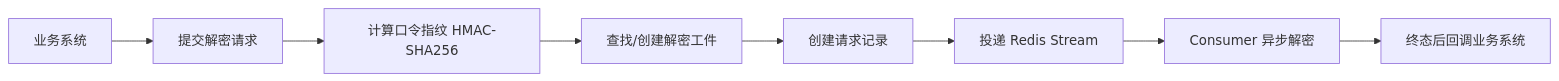
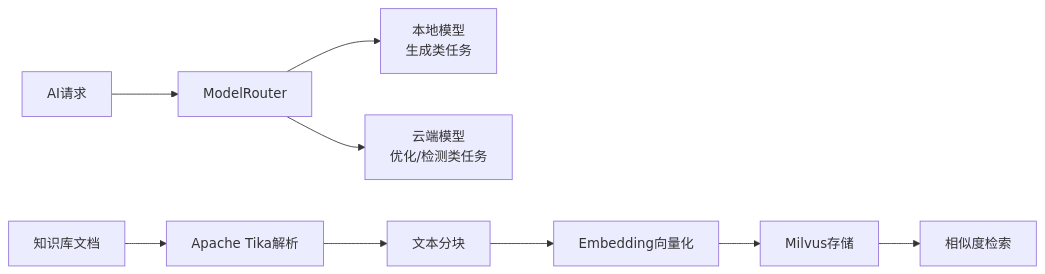
Before and after one commit to DrunkFood/First: the fourth of 8 diagrams in docs/guides/系统架构设计文档.md, drawn with Mermaid. The commit also changed other lines of this file and 9 other files, not shown here.

````diff
--- a/docs/guides/系统架构设计文档.md
+++ b/docs/guides/系统架构设计文档.md
@@ -285,10 +285,12 @@
 ```mermaid
 graph LR
-    A[业务系统] --> B[提交解密请求]
-    B --> C[计算口令指纹 HMAC-SHA256]
-    C --> D[查找/创建解密工件]
-    D --> E[创建请求记录]
-    E --> F[投递 Redis Stream]
-    F --> G[Consumer 异步解密]
-    G --> H[终态后回调业务系统]
+    A[AI请求] --> B[ModelRouter]
+    B --> C[本地模型<br/>生成类任务]
+    B --> D[云端模型<br/>优化/检测类任务]
+    
+    E[知识库文档] --> F[Apache Tika解析]
+    F --> G[文本分块]
+    G --> H[Embedding向量化]
+    H --> I[Milvus存储]
+    I --> J[相似度检索]
 ```
````
